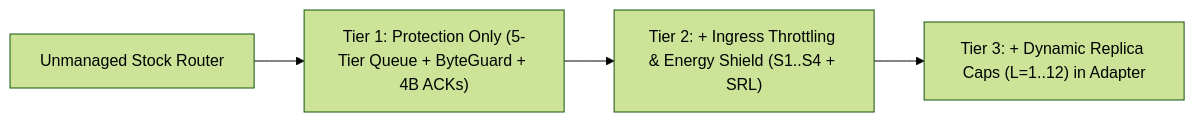
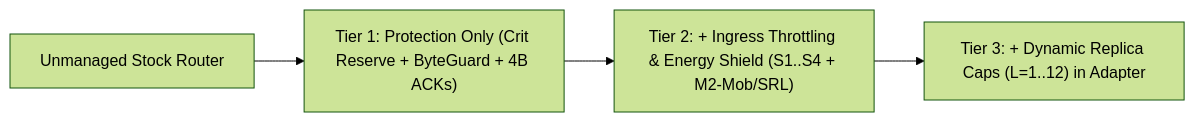
The diagram in docs/study-guide/figures/mmd/fig03_intervention_tiers.mmd (nafisshahriar/ADTNM), drawn with Mermaid (forest theme) before and after one commit. The commit also changed 186 other files, not shown here.

```diff
--- a/docs/study-guide/figures/mmd/fig03_intervention_tiers.mmd
+++ b/docs/study-guide/figures/mmd/fig03_intervention_tiers.mmd
@@ -1,4 +1,4 @@
 flowchart LR
-  T0["Unmanaged Stock Router"] --> T1["Tier 1: Protection Only (5-Tier Queue + ByteGuard + 4B ACKs)"]
-  T1 --> T2["Tier 2: + Ingress Throttling & Energy Shield (S1..S4 + SRL)"]
+  T0["Unmanaged Stock Router"] --> T1["Tier 1: Protection Only (Crit Reserve + ByteGuard + 4B ACKs)"]
+  T1 --> T2["Tier 2: + Ingress Throttling & Energy Shield (S1..S4 + M2-Mob/SRL)"]
   T2 --> T3["Tier 3: + Dynamic Replica Caps (L=1..12) in Adapter"]
```
